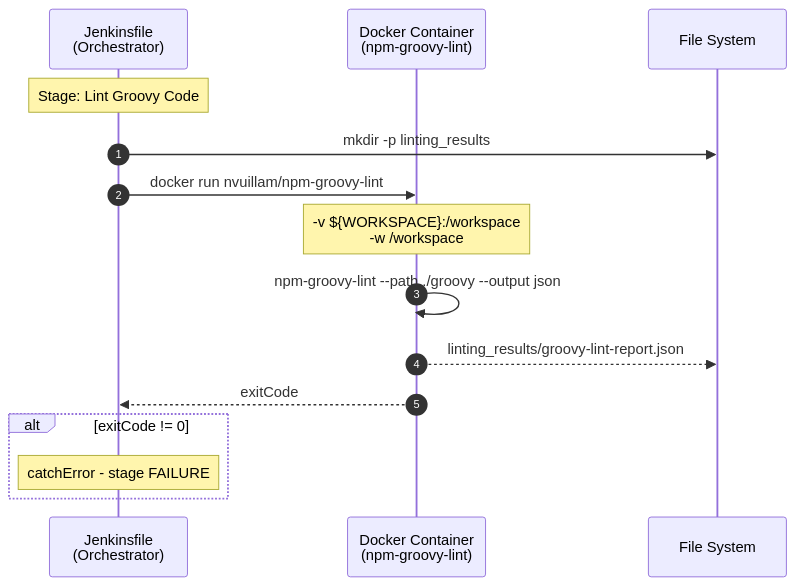
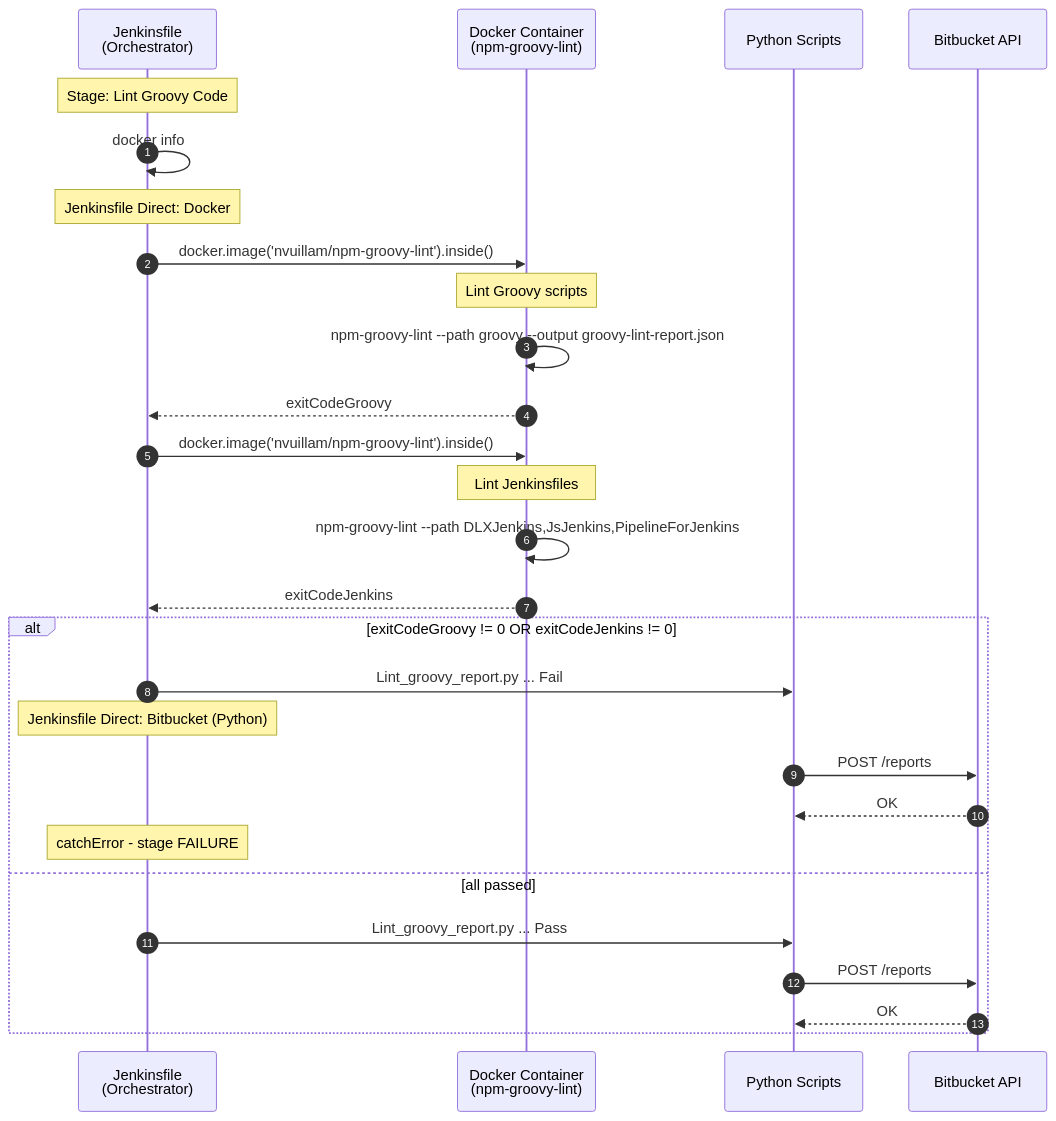
Before and after one commit to JindoKimKor/Self-Binnacle: the third of 8 diagrams in Voyages/Projects/VARLab-work-transfer/portfolios/devops-jenkins-linux/4-layer-architecture-and-logger-system-integration/problem-analysis/pipeline-sequence-diagrams/jenkins-ci.md, drawn with Mermaid. The commit also changed other lines of this file and 55 other files, not shown here.

First line of the commit message:
refactor(4-layer-architecture): Standardize analysis document naming and format

````diff
--- a/Voyages/Projects/VARLab-work-transfer/portfolios/devops-jenkins-linux/4-layer-architecture-and-logger-system-integration/problem-analysis/pipeline-sequence-diagrams/jenkins-ci.md
+++ b/Voyages/Projects/VARLab-work-transfer/portfolios/devops-jenkins-linux/4-layer-architecture-and-logger-system-integration/problem-analysis/pipeline-sequence-diagrams/jenkins-ci.md
@@ -138,22 +150,36 @@
 ```mermaid
 sequenceDiagram
     autonumber
 
     participant JF as Jenkinsfile<br/>(Orchestrator)
     participant Docker as Docker Container<br/>(npm-groovy-lint)
-    participant FS as File System
+    participant Python as Python Scripts
+    participant BB as Bitbucket API
 
     Note over JF: Stage: Lint Groovy Code
 
-    JF->>FS: mkdir -p linting_results
+    JF->>JF: docker info
+    Note over JF: Jenkinsfile Direct: Docker
 
-    JF->>Docker: docker run nvuillam/npm-groovy-lint
-    Note over Docker: -v ${WORKSPACE}:/workspace<br/>-w /workspace
-    Docker->>Docker: npm-groovy-lint --path ./groovy --output json
-    Docker-->>FS: linting_results/groovy-lint-report.json
-    Docker-->>JF: exitCode
+    JF->>Docker: docker.image('nvuillam/npm-groovy-lint').inside()
+    Note over Docker: Lint Groovy scripts
+    Docker->>Docker: npm-groovy-lint --path groovy --output groovy-lint-report.json
+    Docker-->>JF: exitCodeGroovy
 
-    alt exitCode != 0
+    JF->>Docker: docker.image('nvuillam/npm-groovy-lint').inside()
+    Note over Docker: Lint Jenkinsfiles
+    Docker->>Docker: npm-groovy-lint --path DLXJenkins,JsJenkins,PipelineForJenkins
+    Docker-->>JF: exitCodeJenkins
+
+    alt exitCodeGroovy != 0 OR exitCodeJenkins != 0
+        JF->>Python: Lint_groovy_report.py ... Fail
+        Note over JF: Jenkinsfile Direct: Bitbucket (Python)
+        Python->>BB: POST /reports
+        BB-->>Python: OK
         Note over JF: catchError - stage FAILURE
+    else all passed
+        JF->>Python: Lint_groovy_report.py ... Pass
+        Python->>BB: POST /reports
+        BB-->>Python: OK
     end
 ```
````
